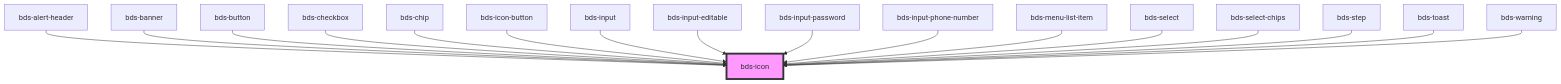
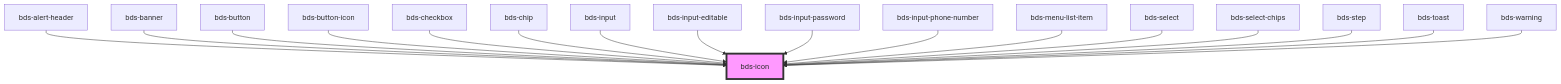
One commit to takenet/blip-ds changed the diagram in src/components/icon/readme.md. Above: the diagram before and after it, drawn with Mermaid. The commit also changed other lines of this file and 12 other files, not shown here.

````diff
--- a/src/components/icon/readme.md
+++ b/src/components/icon/readme.md
@@ -46,20 +46,20 @@
 ```mermaid
 graph TD;
   bds-alert-header --> bds-icon
   bds-banner --> bds-icon
   bds-button --> bds-icon
+  bds-button-icon --> bds-icon
   bds-checkbox --> bds-icon
   bds-chip --> bds-icon
-  bds-icon-button --> bds-icon
   bds-input --> bds-icon
   bds-input-editable --> bds-icon
   bds-input-password --> bds-icon
   bds-input-phone-number --> bds-icon
   bds-menu-list-item --> bds-icon
   bds-select --> bds-icon
   bds-select-chips --> bds-icon
   bds-step --> bds-icon
   bds-toast --> bds-icon
   bds-warning --> bds-icon
   style bds-icon fill:#f9f,stroke:#333,stroke-width:4px
 ```
````
